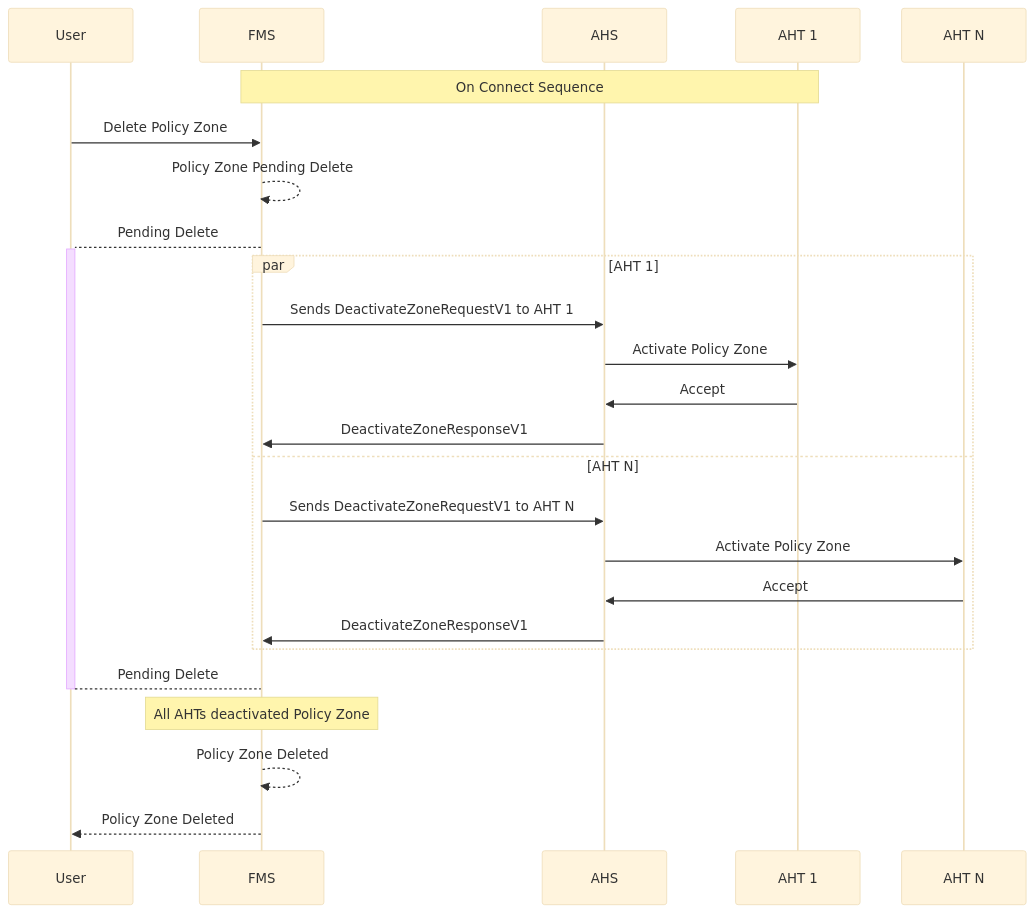
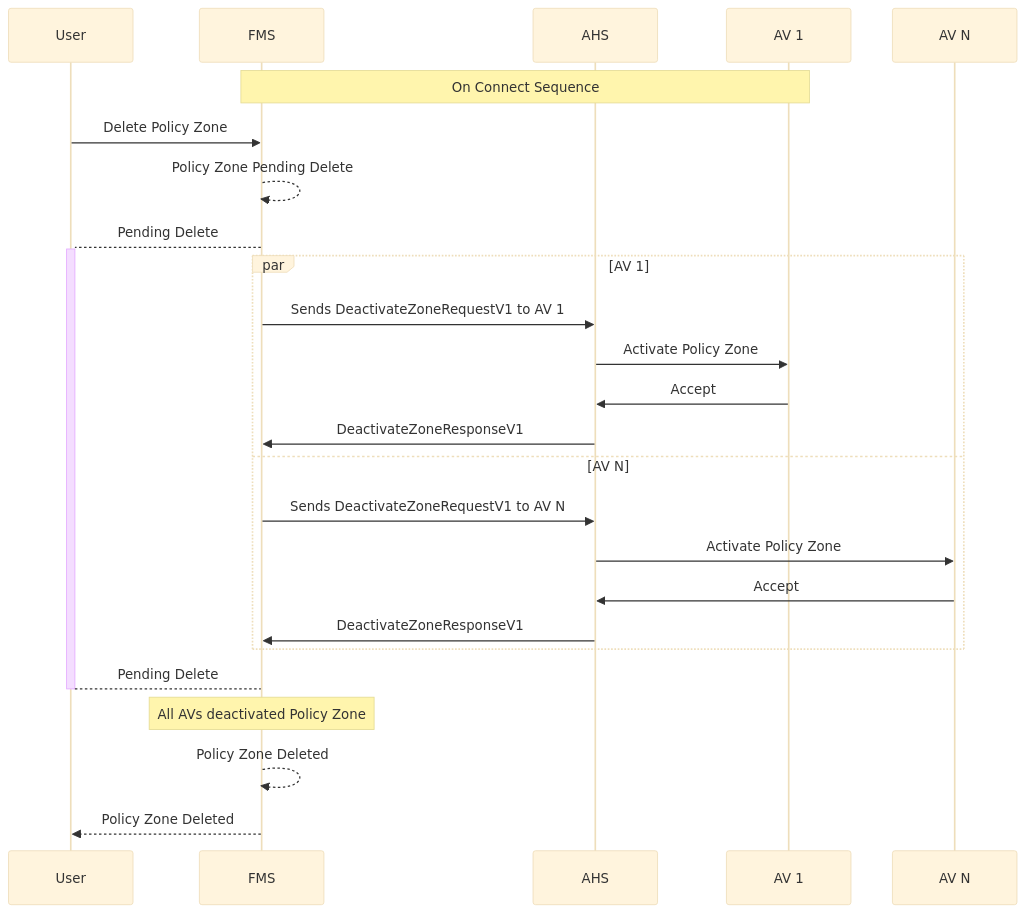
One commit to open-autonomy/zone changed the diagram in diagram/PolicyZoneDeletion.md. Above: the diagram before and after it, drawn with Mermaid (base theme). The commit also changed other lines of this file and 15 other files, not shown here.

````diff
--- a/diagram/PolicyZoneDeletion.md
+++ b/diagram/PolicyZoneDeletion.md
@@ -6,31 +6,31 @@
 ```mermaid
 sequenceDiagram
     participant User
     participant FMS
     participant AHS
-    participant AHT 1
-    participant AHT N
+    participant AV 1
+    participant AV N
 
-    Note over FMS,AHT 1: On Connect Sequence
+    Note over FMS,AV 1: On Connect Sequence
     User->>FMS: Delete Policy Zone
     FMS-->>FMS: Policy Zone Pending Delete
     FMS-->+User: Pending Delete
 
-    par AHT 1
-        FMS->>AHS: Sends DeactivateZoneRequestV1 to AHT 1
-        AHS->>AHT 1: Activate Policy Zone
-        AHT 1->>AHS: Accept
+    par AV 1
+        FMS->>AHS: Sends DeactivateZoneRequestV1 to AV 1
+        AHS->>AV 1: Activate Policy Zone
+        AV 1->>AHS: Accept
         AHS->>FMS: DeactivateZoneResponseV1
-    and AHT N
-        FMS->>AHS: Sends DeactivateZoneRequestV1 to AHT N
-        AHS->>AHT N: Activate Policy Zone
-        AHT N->>AHS: Accept
+    and AV N
+        FMS->>AHS: Sends DeactivateZoneRequestV1 to AV N
+        AHS->>AV N: Activate Policy Zone
+        AV N->>AHS: Accept
         AHS->>FMS: DeactivateZoneResponseV1
     end
 
     User-->-FMS: Pending Delete
 
-    Note Over FMS: All AHTs deactivated Policy Zone
+    Note Over FMS: All AVs deactivated Policy Zone
     FMS-->>FMS: Policy Zone Deleted
     FMS-->>User: Policy Zone Deleted
 ```
````
